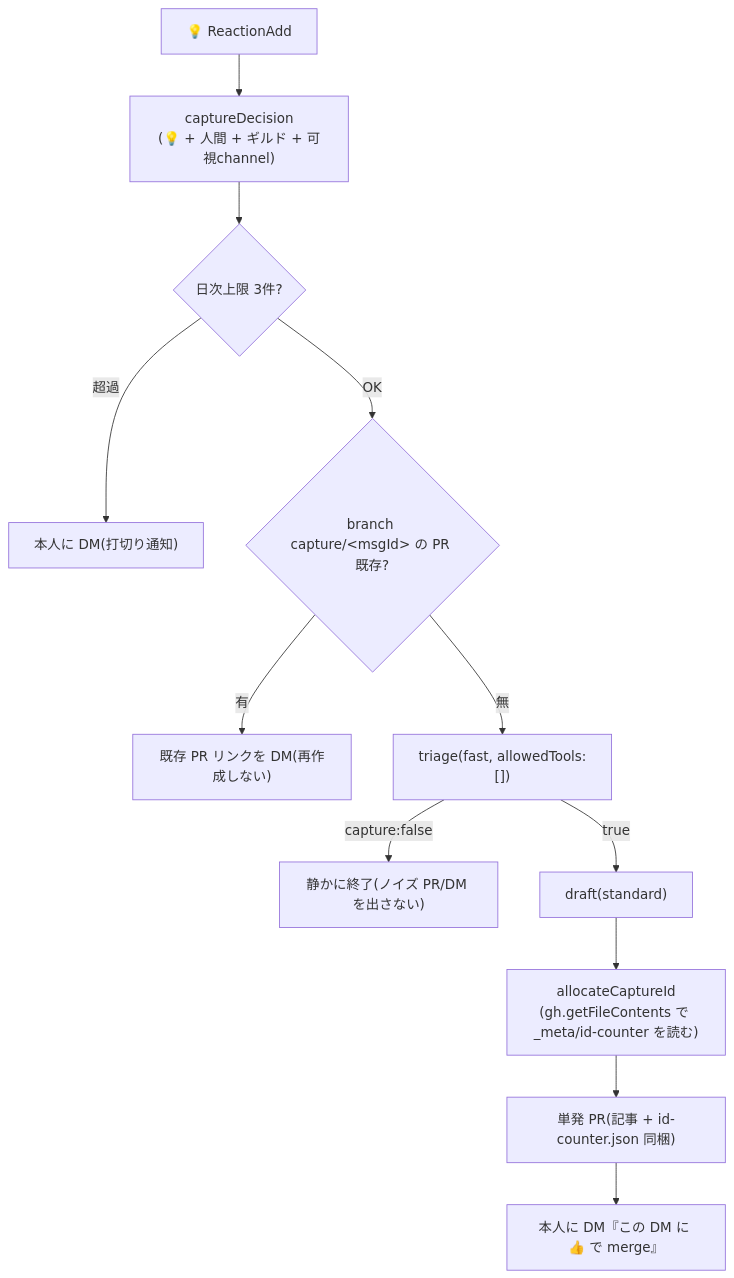
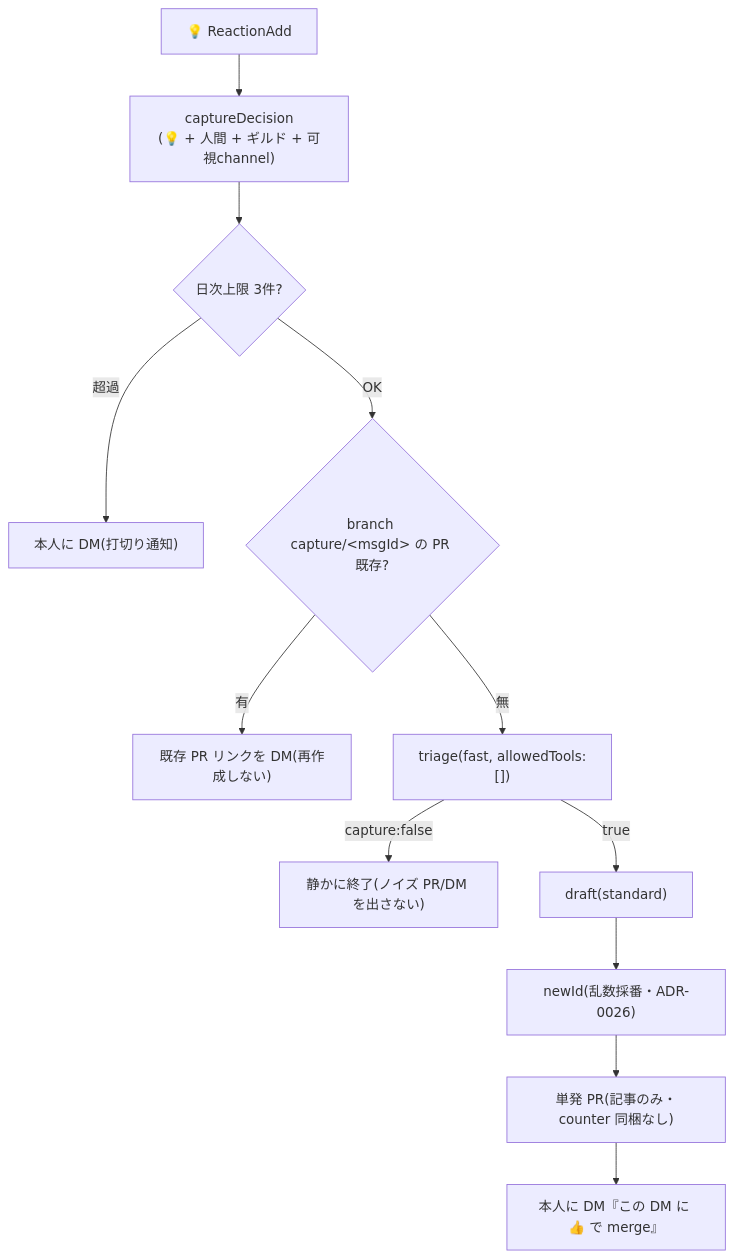
Before and after one commit to nekogami6666/knowledge-platform: the eighth of 15 diagrams in docs/architecture.md, drawn with Mermaid. The commit also changed other lines of this file and 29 other files, not shown here.

First line of the commit message:
feat(kb-core,apps): id-counter 廃止 — 乱数採番 newId へ全書き手を切替(ADR-0026 D2) (#107)

````diff
--- a/docs/architecture.md
+++ b/docs/architecture.md
@@ -321,14 +304,14 @@
 ```mermaid
 flowchart TB
     R["💡 ReactionAdd"] --> D["captureDecision<br/>(💡 + 人間 + ギルド + 可視channel)"]
     D --> RL{"日次上限 3件?"}
     RL -->|超過| DM1["本人に DM(打切り通知)"]
     RL -->|OK| ID{"branch capture/&lt;msgId&gt; の PR 既存?"}
     ID -->|有| DM2["既存 PR リンクを DM(再作成しない)"]
     ID -->|無| TRI["triage(fast, allowedTools:[])"]
     TRI -->|capture:false| STOP["静かに終了(ノイズ PR/DM を出さない)"]
     TRI -->|true| DRA["draft(standard)"]
-    DRA --> AL["allocateCaptureId<br/>(gh.getFileContents で _meta/id-counter を読む)"]
-    AL --> PR["単発 PR(記事 + id-counter.json 同梱)"]
+    DRA --> AL["newId(乱数採番・ADR-0026)"]
+    AL --> PR["単発 PR(記事のみ・counter 同梱なし)"]
     PR --> DM3["本人に DM『この DM に 👍 で merge』"]
 ```
````
